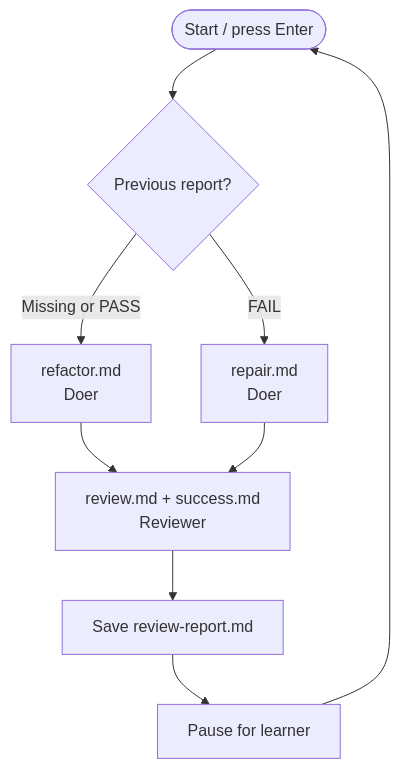
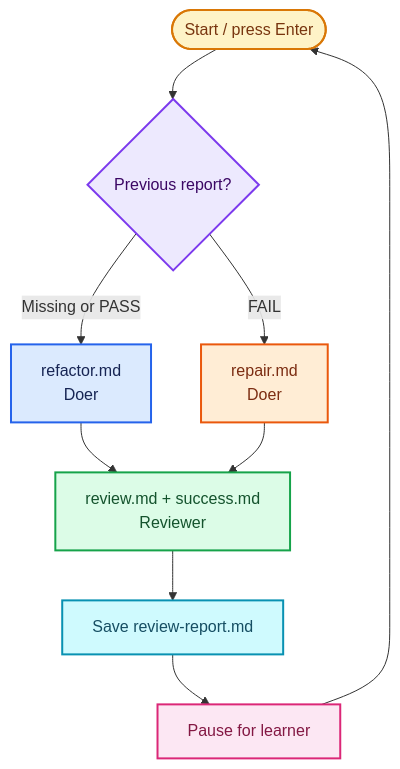
One commit to lean-software-production/software-factory-tutorial changed the diagram in docs/specs/004-route-failed-reviews-to-repair.md. Above: the diagram before and after it, drawn with Mermaid. The commit also changed 4 other files, not shown here.

Commit message:
Improve validation loop diagrams

````diff
--- a/docs/specs/004-route-failed-reviews-to-repair.md
+++ b/docs/specs/004-route-failed-reviews-to-repair.md
@@ -15,11 +15,26 @@
 ```mermaid
 flowchart TD
     Start([Start / press Enter]) --> Previous{Previous report?}
     Previous -- Missing or PASS --> Refactor[refactor.md\nDoer]
     Previous -- FAIL --> Repair[repair.md\nDoer]
     Refactor --> Reviewer[review.md + success.md\nReviewer]
     Repair --> Reviewer
     Reviewer --> Save[Save review-report.md]
     Save --> Pause[Pause for learner]
     Pause --> Start
+
+    classDef start fill:#fef3c7,stroke:#d97706,color:#78350f,stroke-width:2px
+    classDef decision fill:#ede9fe,stroke:#7c3aed,color:#3b0764,stroke-width:2px
+    classDef doer fill:#dbeafe,stroke:#2563eb,color:#172554,stroke-width:2px
+    classDef repair fill:#ffedd5,stroke:#ea580c,color:#7c2d12,stroke-width:2px
+    classDef reviewer fill:#dcfce7,stroke:#16a34a,color:#14532d,stroke-width:2px
+    classDef save fill:#cffafe,stroke:#0891b2,color:#164e63,stroke-width:2px
+    classDef pause fill:#fce7f3,stroke:#db2777,color:#831843,stroke-width:2px
+    class Start start
+    class Previous decision
+    class Refactor doer
+    class Repair repair
+    class Reviewer reviewer
+    class Save save
+    class Pause pause
 ```
````
